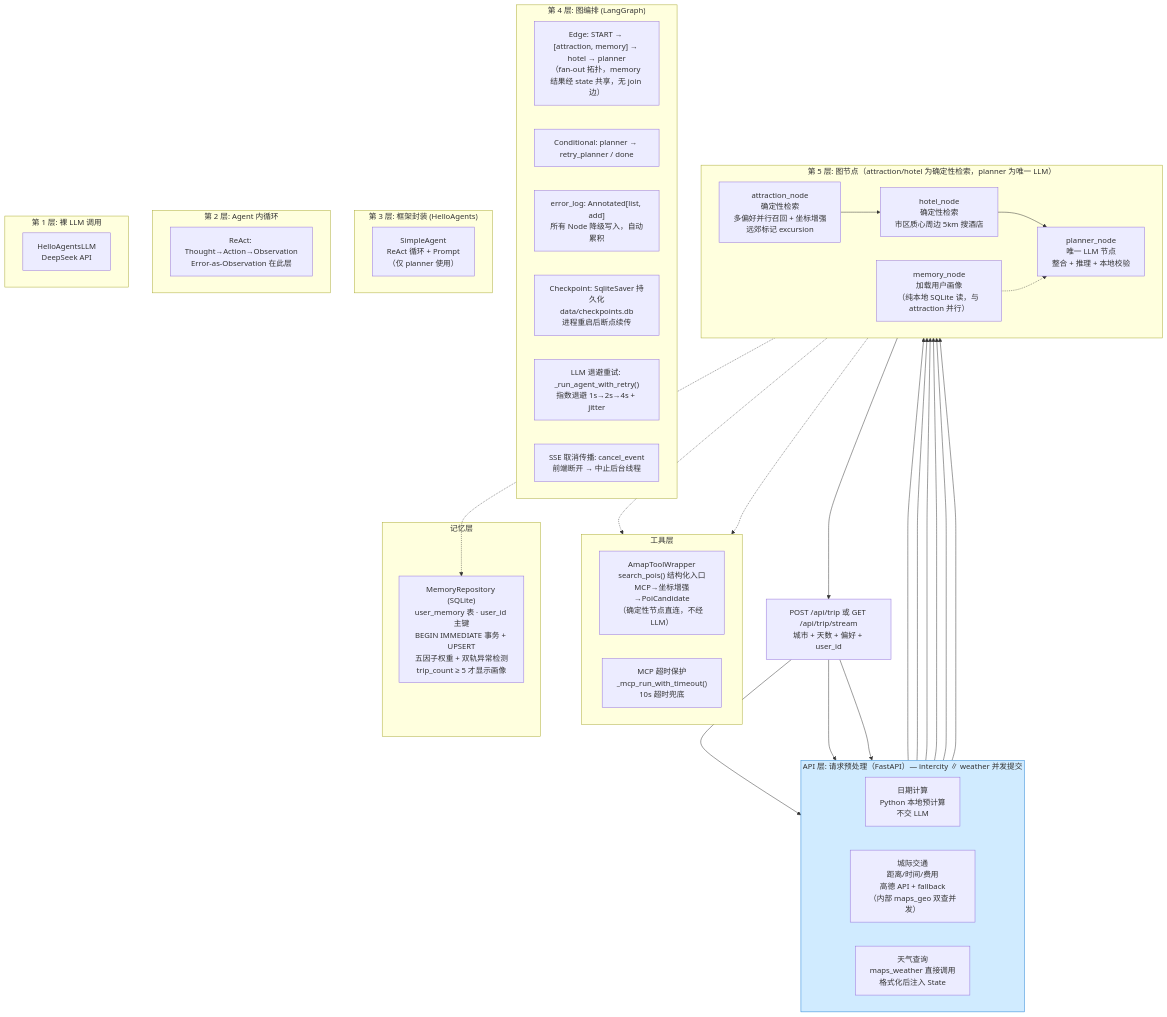
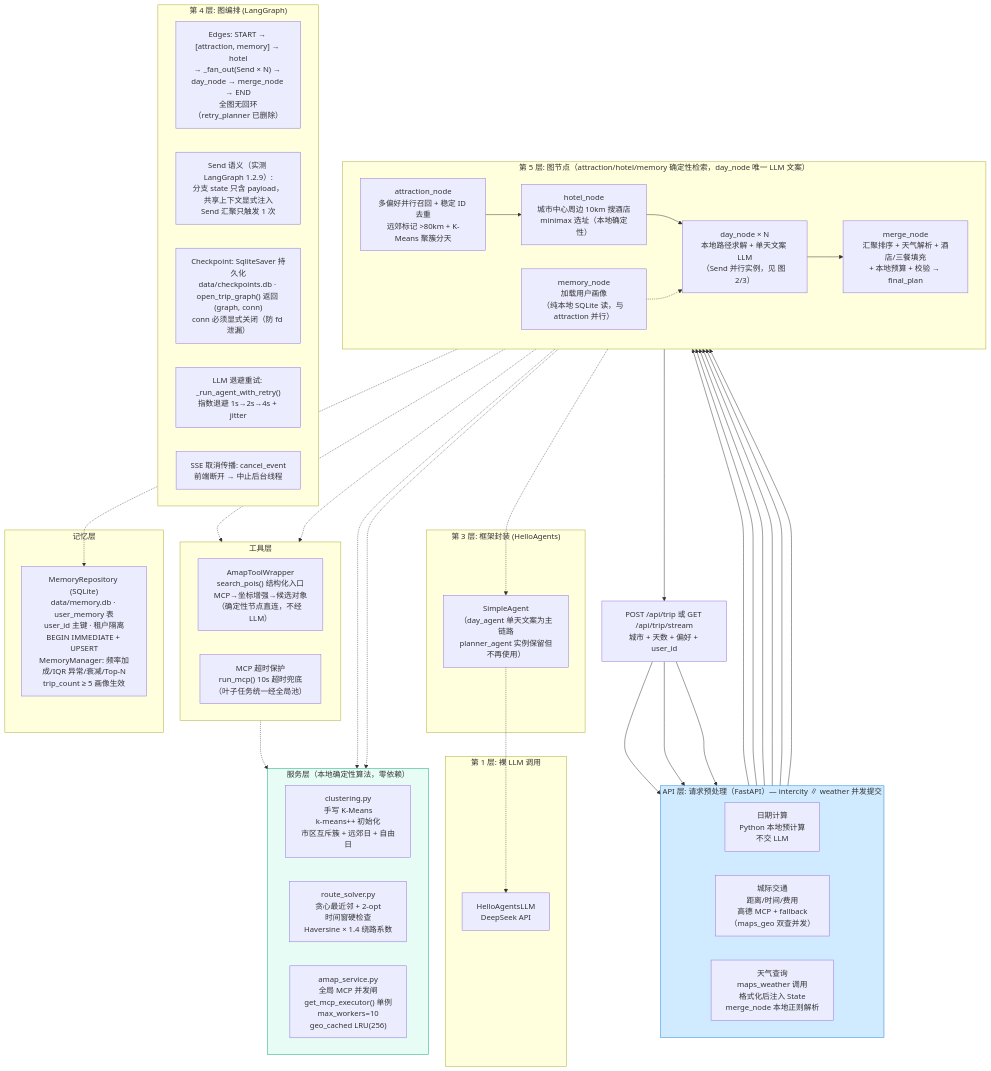
Before and after one commit to SuperGODOG/tripplanner: the first of 9 diagrams in ARCHITECTURE.md, drawn with Mermaid. The commit also changed other lines of this file and 4 other files, not shown here.

First line of the commit message:
docs: README 重写美化（mermaid 架构图 + badges）+ 架构文档全面同步 v3

````diff
--- a/ARCHITECTURE.md
+++ b/ARCHITECTURE.md
@@ -9,61 +17,71 @@
 ```mermaid
 flowchart TB
     subgraph APILayer["API 层: 请求预处理（FastAPI）— intercity ∥ weather 并发提交"]
         direction LR
         PRE1["日期计算<br/>Python 本地预计算<br/>不交 LLM"]
-        PRE2["城际交通<br/>距离/时间/费用<br/>高德 API + fallback<br/>（内部 maps_geo 双查并发）"]
-        PRE3["天气查询<br/>maps_weather 直接调用<br/>格式化后注入 State"]
+        PRE2["城际交通<br/>距离/时间/费用<br/>高德 MCP + fallback<br/>（maps_geo 双查并发）"]
+        PRE3["天气查询<br/>maps_weather 调用<br/>格式化后注入 State<br/>merge_node 本地正则解析"]
     end
 
-    subgraph Layer5["第 5 层: 图节点（attraction/hotel 为确定性检索，planner 为唯一 LLM）"]
+    subgraph Layer5["第 5 层: 图节点（attraction/hotel/memory 确定性检索，day_node 唯一 LLM 文案）"]
         direction LR
-        N1["attraction_node<br/>确定性检索<br/>多偏好并行召回 + 坐标增强<br/>远郊标记 excursion"]
-        N3["hotel_node<br/>确定性检索<br/>市区质心周边 5km 搜酒店"]
+        N1["attraction_node<br/>多偏好并行召回 + 稳定 ID 去重<br/>远郊标记 >80km + K-Means 聚簇分天"]
+        N3["hotel_node<br/>城市中心周边 10km 搜酒店<br/>minimax 选址（本地确定性）"]
         N4["memory_node<br/>加载用户画像<br/>（纯本地 SQLite 读，与 attraction 并行）"]
-        N5["planner_node<br/>唯一 LLM 节点<br/>整合 + 推理 + 本地校验"]
+        N5["day_node × N<br/>本地路径求解 + 单天文案 LLM<br/>（Send 并行实例，见 图 2/3）"]
+        N6["merge_node<br/>汇聚排序 + 天气解析 + 酒店/三餐填充<br/>+ 本地预算 + 校验 → final_plan"]
     end
 
     subgraph Layer4["第 4 层: 图编排 (LangGraph)"]
-        EDGE["Edge: START → [attraction, memory] → hotel → planner<br/>（fan-out 拓扑，memory 结果经 state 共享，无 join 边）"]
-        COND["Conditional: planner → retry_planner / done"]
-        ERRLOG["error_log: Annotated[list, add]<br/>所有 Node 降级写入，自动累积"]
-        CHECKPOINT["Checkpoint: SqliteSaver 持久化<br/>data/checkpoints.db<br/>进程重启后断点续传"]
+        EDGE["Edges: START → [attraction, memory] → hotel<br/>→ _fan_out(Send × N) → day_node → merge_node → END<br/>全图无回环（retry_planner 已删除）"]
+        SEND["Send 语义（实测 LangGraph 1.2.9）:<br/>分支 state 只含 payload，共享上下文显式注入<br/>Send 汇聚只触发 1 次"]
+        CHECKPOINT["Checkpoint: SqliteSaver 持久化<br/>data/checkpoints.db · open_trip_graph() 返回 (graph, conn)<br/>conn 必须显式关闭（防 fd 泄漏）"]
         RETRY["LLM 退避重试: _run_agent_with_retry()<br/>指数退避 1s→2s→4s + jitter"]
         CANCEL["SSE 取消传播: cancel_event<br/>前端断开 → 中止后台线程"]
     end
 
     subgraph Layer3["第 3 层: 框架封装 (HelloAgents)"]
-        AGENT["SimpleAgent<br/>ReAct 循环 + Prompt<br/>（仅 planner 使用）"]
-    end
-
-    subgraph Layer2["第 2 层: Agent 内循环"]
-        REACT["ReAct: Thought→Action→Observation<br/>Error-as-Observation 在此层"]
+        AGENT["SimpleAgent<br/>（day_agent 单天文案为主链路<br/>planner_agent 实例保留但不再使用）"]
     end
 
     subgraph Layer1["第 1 层: 裸 LLM 调用"]
         LLM["HelloAgentsLLM<br/>DeepSeek API"]
     end
 
+    subgraph ServiceLayer["服务层（本地确定性算法，零依赖）"]
+        direction LR
+        S1["clustering.py<br/>手写 K-Means<br/>k-means++ 初始化<br/>市区互斥簇 + 远郊日 + 自由日"]
+        S2["route_solver.py<br/>贪心最近邻 + 2-opt<br/>时间窗硬检查<br/>Haversine × 1.4 绕路系数"]
+        S3["amap_service.py<br/>全局 MCP 并发闸<br/>get_mcp_executor() 单例<br/>max_workers=10<br/>geo_cached LRU(256)"]
+    end
+
     subgraph ToolLayer["工具层"]
         direction LR
-        WRAPPER["AmapToolWrapper<br/>search_pois() 结构化入口<br/>MCP→坐标增强→PoiCandidate<br/>（确定性节点直连，不经 LLM）"]
-        MCPTIMEOUT["MCP 超时保护<br/>_mcp_run_with_timeout()<br/>10s 超时兜底"]
+        WRAPPER["AmapToolWrapper<br/>search_pois() 结构化入口<br/>MCP→坐标增强→候选对象<br/>（确定性节点直连，不经 LLM）"]
+        MCPTIMEOUT["MCP 超时保护<br/>run_mcp() 10s 超时兜底<br/>（叶子任务统一经全局池）"]
     end
 
     subgraph MemoryLayer["记忆层"]
-        MEMORY["MemoryRepository (SQLite)<br/>user_memory 表 · user_id 主键<br/>BEGIN IMMEDIATE 事务 + UPSERT<br/>五因子权重 + 双轨异常检测<br/>trip_count ≥ 5 才显示画像"]
+        MEMORY["MemoryRepository (SQLite)<br/>data/memory.db · user_memory 表<br/>user_id 主键 · 租户隔离<br/>BEGIN IMMEDIATE + UPSERT<br/>MemoryManager: 频率加成/IQR 异常/衰减/Top-N<br/>trip_count ≥ 5 画像生效"]
     end
 
     USER["POST /api/trip 或 GET /api/trip/stream<br/>城市 + 天数 + 偏好 + user_id"] --> PRE1 & PRE2 & PRE3
     PRE1 & PRE2 & PRE3 --> N1 & N4
     N1 --> N3
     N3 --> N5
     N4 -.-> N5
-    N5 --> USER
+    N5 --> N6
+    N6 --> USER
 
     N1 -.-> WRAPPER
     N3 -.-> WRAPPER
     N4 -.-> MEMORY
+    N5 -.-> AGENT
+    AGENT -.-> LLM
+    N1 -.-> S1
+    N5 -.-> S2
+    WRAPPER -.-> S3
 
     style APILayer fill:#d0ebff,stroke:#1c7ed6
+    style ServiceLayer fill:#e6fcf5,stroke:#0ca678
 ```
````
